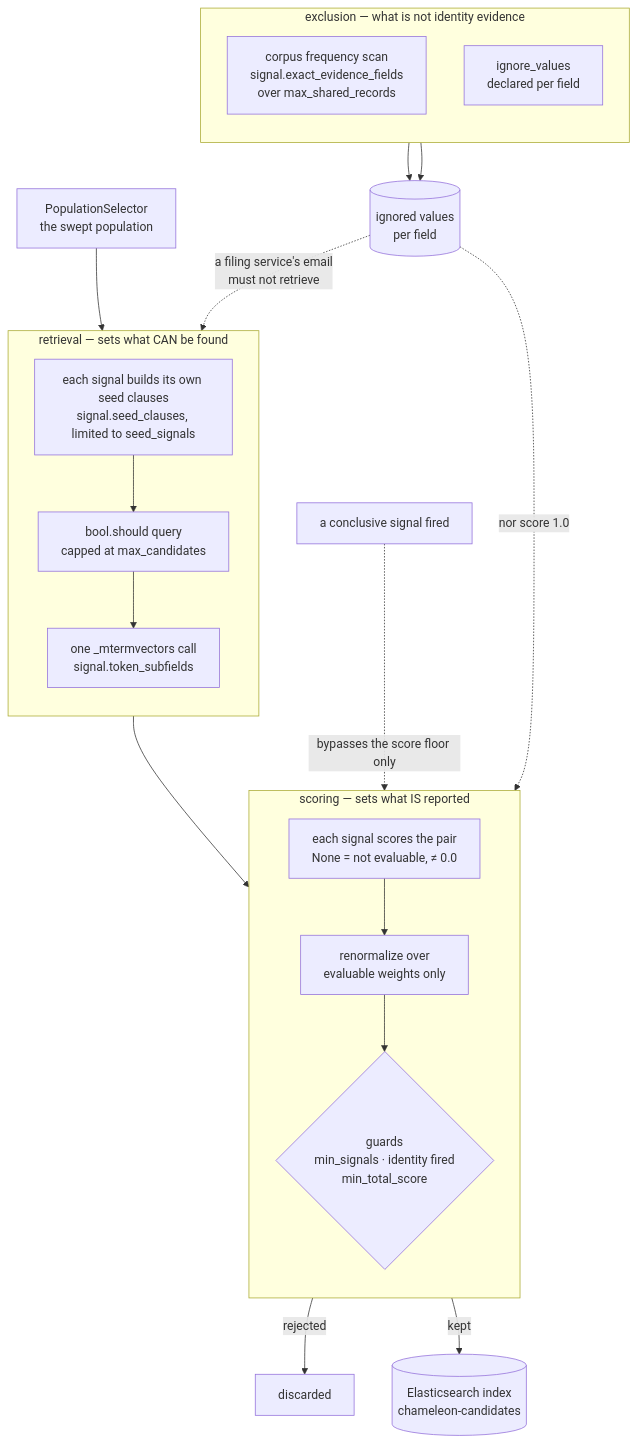
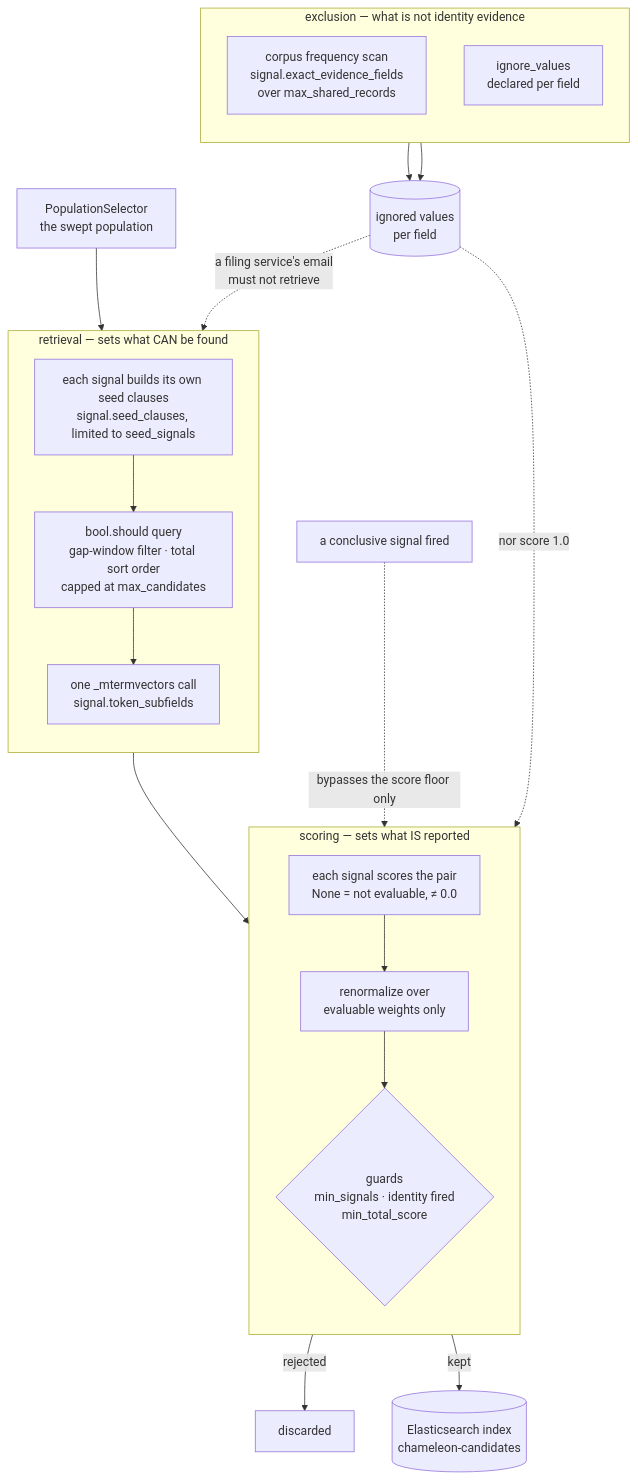
Before and after one commit to freemansoft/entitopia: the third of 4 diagrams in README.md, drawn with Mermaid. The commit also changed other lines of this file and 2 other files, not shown here.

Commit message:
docs: record what ordering and windowing the candidate search measured
The glossary, the entity-match diagram and the DOT tuning table described
retrieval as BM25 capped at max_candidates, and said 89% of predecessors
truncate. Records the total sort order and gap-window filter, the measured
before/after on unchanged data, and the new preflight requirement that a
lifecycle project map registration_date as a date and every project use a
sortable entity key.

````diff
--- a/README.md
+++ b/README.md
@@ -189,36 +189,36 @@
 ```mermaid
 flowchart TB
     Sel[PopulationSelector<br/>the swept population] --> Seed
 
     subgraph retrieve["retrieval — sets what CAN be found"]
         direction TB
         Seed["each signal builds its own seed clauses<br/>signal.seed_clauses, limited to seed_signals"]
-        Cands["bool.should query<br/>capped at max_candidates"]
+        Cands["bool.should query<br/>gap-window filter · total sort order<br/>capped at max_candidates"]
         Tokens["one _mtermvectors call<br/>signal.token_subfields"]
         Seed --> Cands --> Tokens
     end
 
     subgraph score["scoring — sets what IS reported"]
         direction TB
         Sig["each signal scores the pair<br/>None = not evaluable, ≠ 0.0"]
         Norm["renormalize over<br/>evaluable weights only"]
         Guard{"guards<br/>min_signals · identity fired<br/>min_total_score"}
         Sig --> Norm --> Guard
     end
 
     subgraph exclude["exclusion — what is not identity evidence"]
         direction TB
         Scan["corpus frequency scan<br/>signal.exact_evidence_fields<br/>over max_shared_records"]
         Decl["ignore_values<br/>declared per field"]
     end
 
     Scan --> Ignore[(ignored values<br/>per field)]
     Decl --> Ignore
     Ignore -.->|"a filing service's email<br/>must not retrieve"| Seed
     Ignore -.->|"nor score 1.0"| Sig
 
     Tokens --> Sig
     Conc["a conclusive signal fired"] -.->|"bypasses the score floor only"| Guard
     Guard -->|kept| Out[("Elasticsearch index<br/>chameleon-candidates")]
     Guard -->|rejected| Drop["discarded"]
 ```
````
